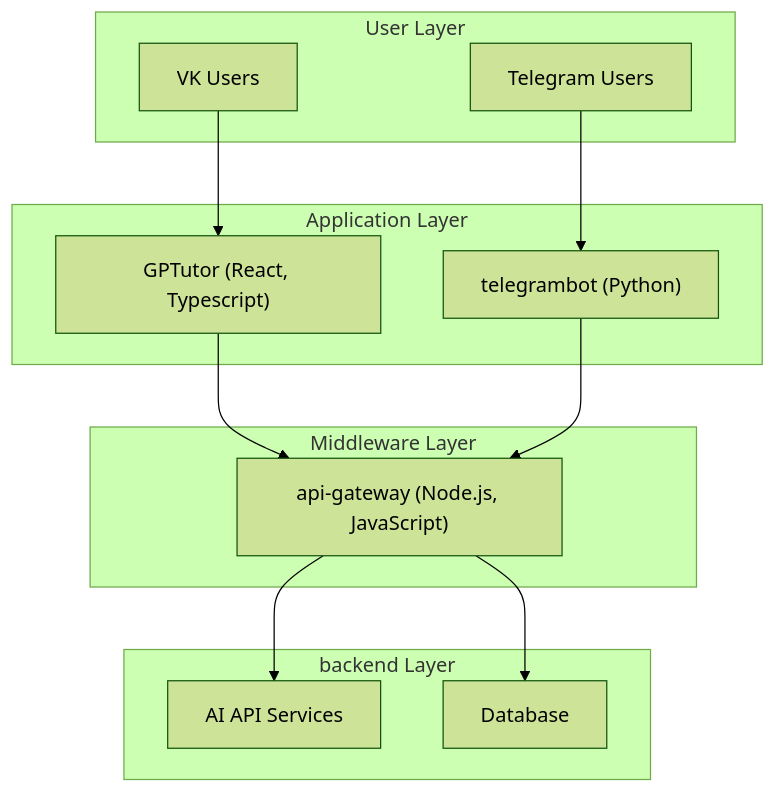
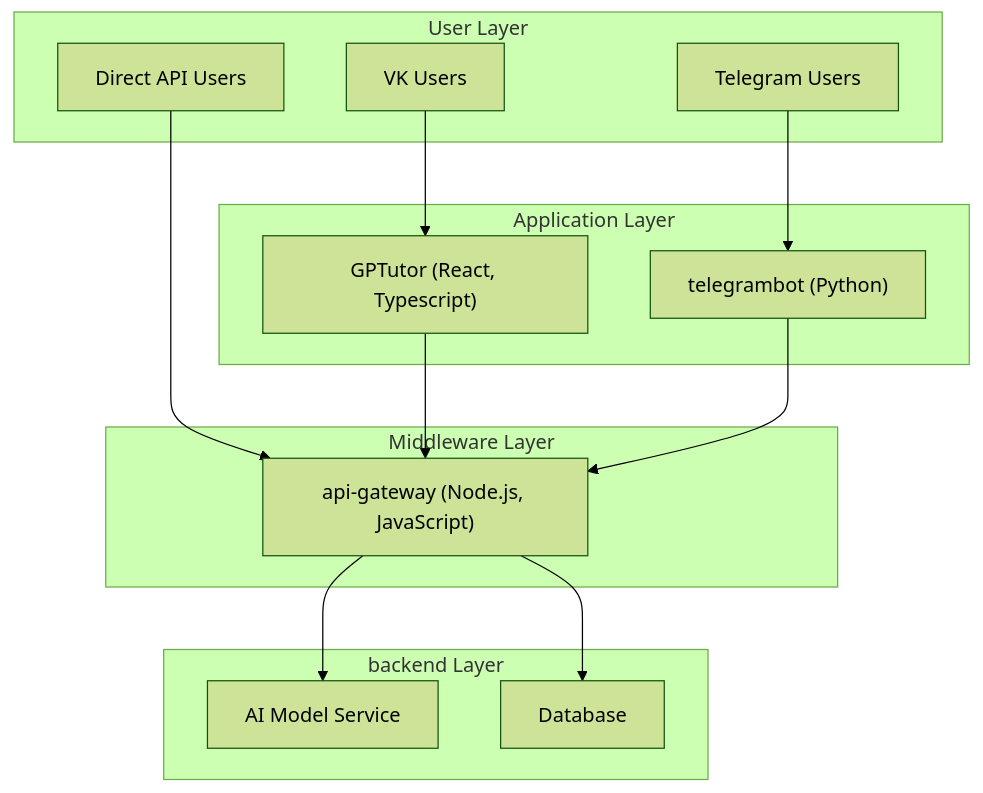
The diagram in profile/README.md (deep-assistant/.github), drawn with Mermaid (forest theme) before and after one commit. The commit also changed other lines of this file, not shown here.

Commit message:
Make it clear that you user can use our API

````diff
--- a/profile/README.md
+++ b/profile/README.md
@@ -13,33 +13,35 @@
 ```mermaid
 graph TB
 
 subgraph UserLayer["User Layer"]
     user_vk["VK Users"]
     user_tele["Telegram Users"]
+    direct_api_users["Direct API Users"]
 end
 
 subgraph ApplicationLayer["Application Layer"]
     app_gptutor["GPTutor (React, Typescript)"]
     app_telebot["telegrambot (Python)"]
 end
 
 subgraph MiddlewareLayer["Middleware Layer"]
     middleware_apigw["api-gateway (Node.js, JavaScript)"]
 end
 
 subgraph backendLayer["backend Layer"]
-    backend_ai["AI API Services"]
+    backend_ai["AI Model Service"]
     backend_db["Database"]
 end
 
 user_vk --> app_gptutor
 user_tele --> app_telebot
+direct_api_users --> middleware_apigw
 app_gptutor --> middleware_apigw
 app_telebot --> middleware_apigw
 middleware_apigw --> backend_ai
 middleware_apigw --> backend_db
 
 click app_gptutor "https://github.com/deep-assistant/GPTutor"
 click app_telebot "https://github.com/deep-assistant/telegrambot"
 click middleware_apigw "https://github.com/deep-assistant/api-gateway"
 ```
````
